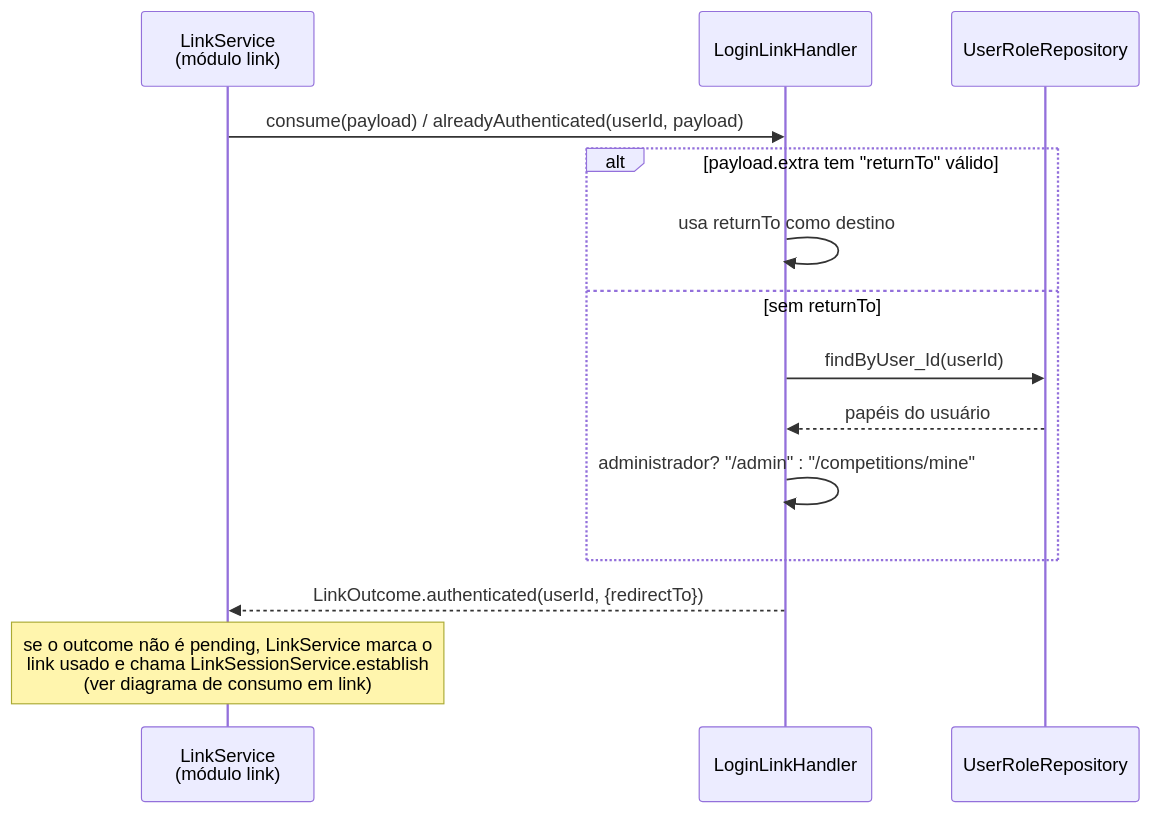
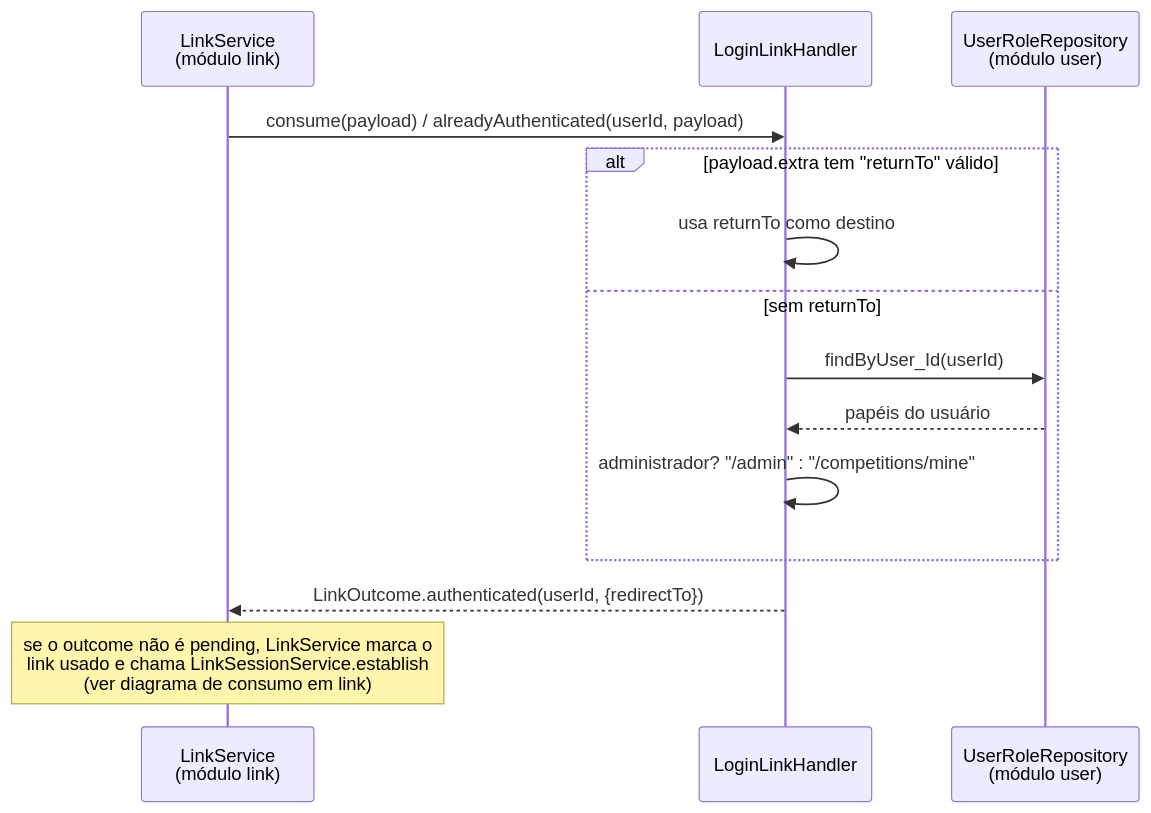
Before and after one commit to lalgarve/jogo-acoes: diagram 15 of 21 in docs/diagrams/modulos.md, drawn with Mermaid. The commit also changed other lines of this file and 3 other files, not shown here.

First line of the commit message:
docs: update module diagrams for the login package split

````diff
--- a/docs/diagrams/modulos.md
+++ b/docs/diagrams/modulos.md
@@ -597,17 +667,17 @@
 ```mermaid
 sequenceDiagram
     participant LiS as LinkService<br/>(módulo link)
     participant H as LoginLinkHandler
-    participant URR as UserRoleRepository
+    participant URR as UserRoleRepository<br/>(módulo user)
 
     LiS->>H: consume(payload) / alreadyAuthenticated(userId, payload)
     alt payload.extra tem "returnTo" válido
         H->>H: usa returnTo como destino
     else sem returnTo
         H->>URR: findByUser_Id(userId)
         URR-->>H: papéis do usuário
         H->>H: administrador? "/admin" : "/competitions/mine"
     end
     H-->>LiS: LinkOutcome.authenticated(userId, {redirectTo})
     Note over LiS: se o outcome não é pending, LinkService marca o<br/>link usado e chama LinkSessionService.establish<br/>(ver diagrama de consumo em link)
 ```
````
